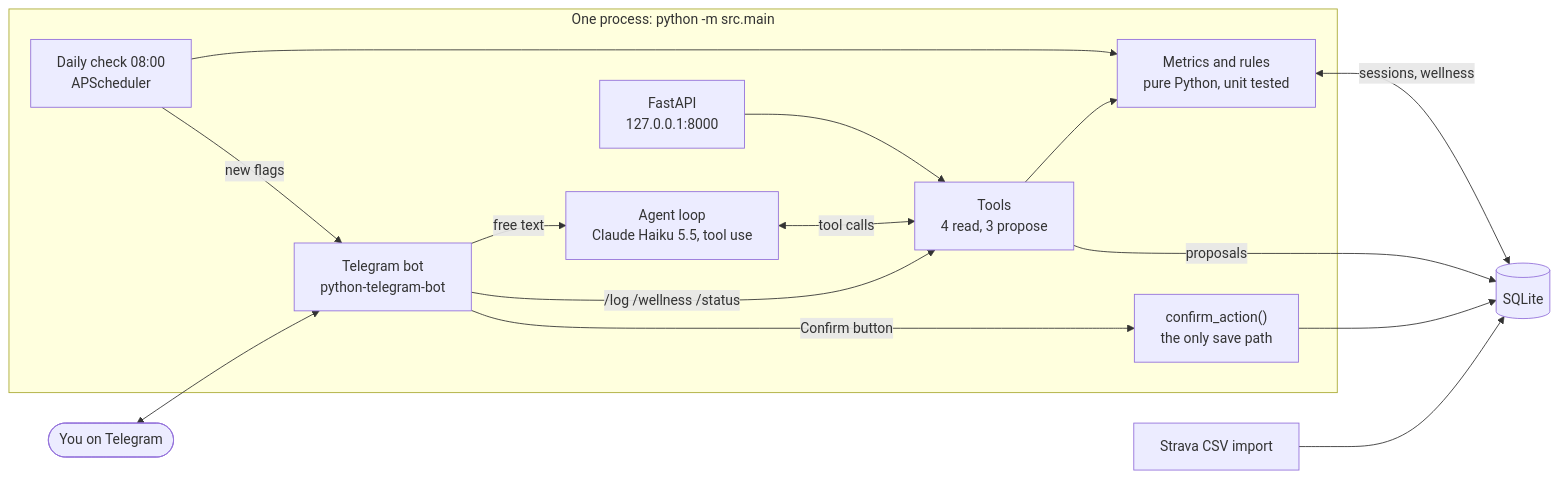
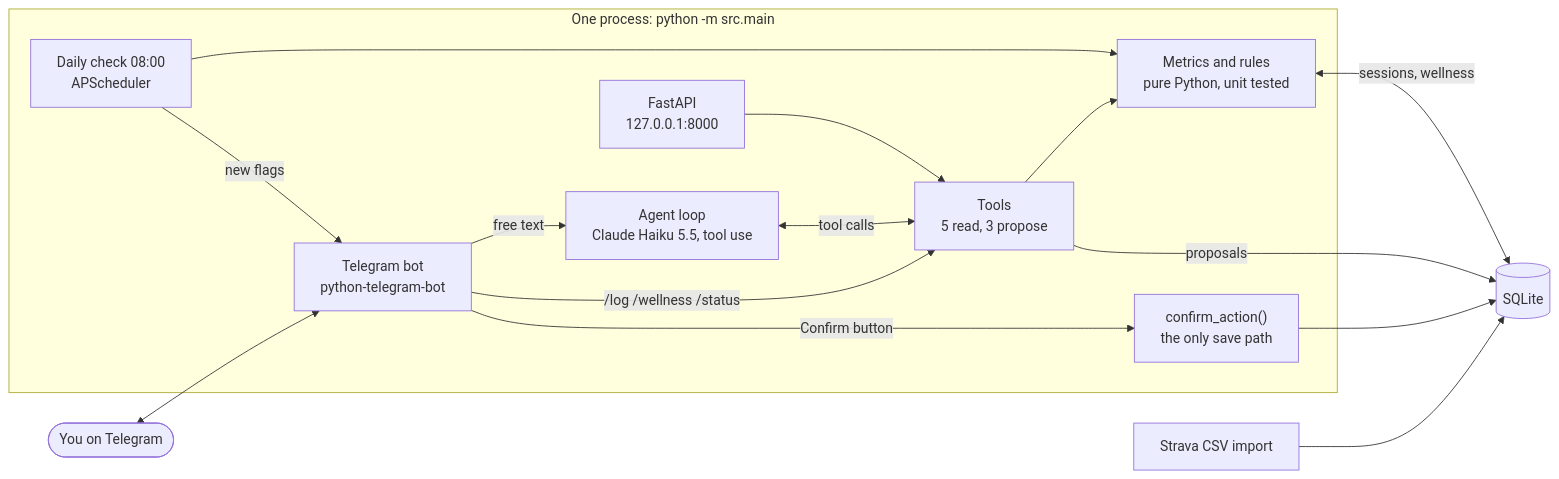
The first of 2 diagrams in README.md (FarhangKhanjani/loadwise), drawn with Mermaid before and after one commit. The commit also changed other lines of this file and 23 other files, not shown here.

````diff
--- a/README.md
+++ b/README.md
@@ -28,29 +29,29 @@
 ```mermaid
 flowchart LR
     you(["You on Telegram"])
     subgraph app["One process: python -m src.main"]
         bot["Telegram bot<br/>python-telegram-bot"]
         agent["Agent loop<br/>Claude Haiku 5.5, tool use"]
-        tools["Tools<br/>4 read, 3 propose"]
+        tools["Tools<br/>5 read, 3 propose"]
         rules["Metrics and rules<br/>pure Python, unit tested"]
         confirm["confirm_action()<br/>the only save path"]
         sched["Daily check 08:00<br/>APScheduler"]
         api["FastAPI<br/>127.0.0.1:8000"]
     end
     db[("SQLite")]
     strava["Strava CSV import"]
 
     you <--> bot
     bot -->|"free text"| agent
     agent <-->|"tool calls"| tools
     bot -->|"/log /wellness /status"| tools
     api --> tools
     tools --> rules
     tools -->|"proposals"| db
     bot -->|"Confirm button"| confirm
     confirm --> db
     rules <-->|"sessions, wellness"| db
     sched --> rules
     sched -->|"new flags"| bot
     strava --> db
 ```
````
